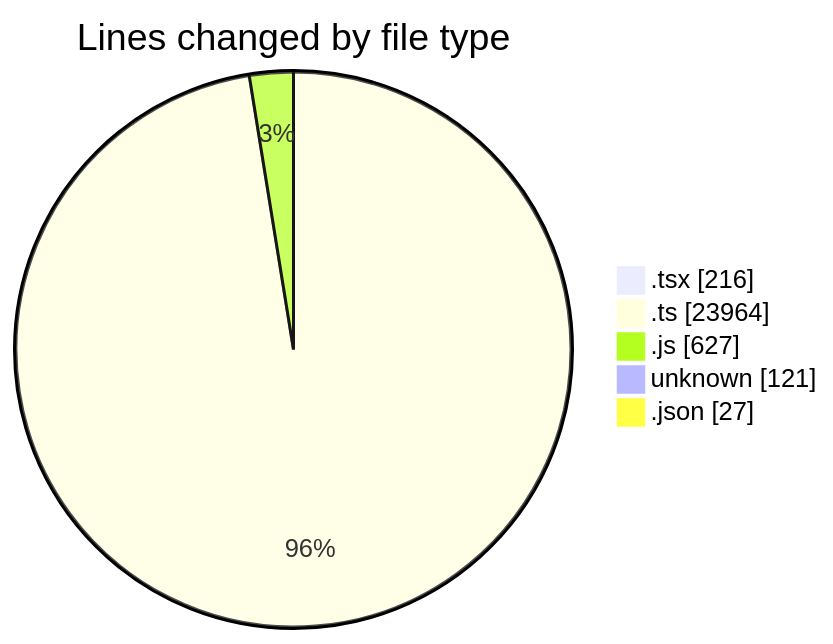
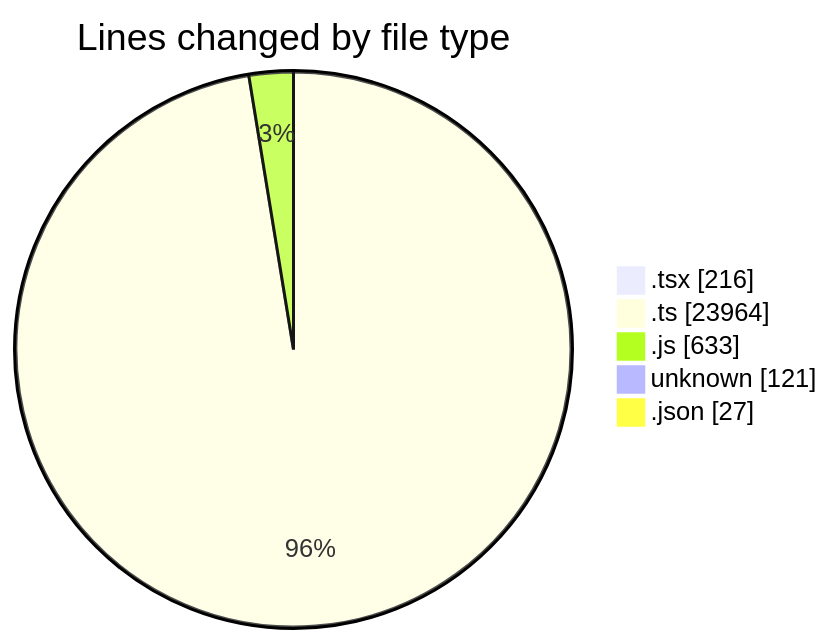
The first of 2 diagrams in 2026-06-01/cda/README.md (momahboobian/code-tracking), drawn with Mermaid before and after one commit. The commit also changed other lines of this file and 1 other file, not shown here.

````diff
--- a/2026-06-01/cda/README.md
+++ b/2026-06-01/cda/README.md
@@ -45,9 +45,9 @@
 ```mermaid
 pie showData
 title Lines changed by file type
 ".tsx" : 216
 ".ts" : 23964
-".js" : 627
+".js" : 633
 "unknown" : 121
 ".json" : 27
 ```
````
